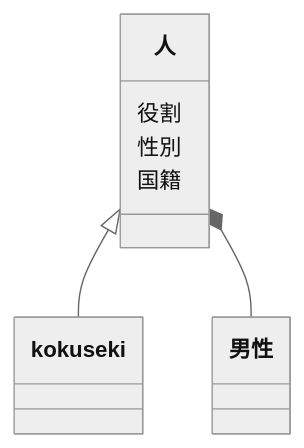
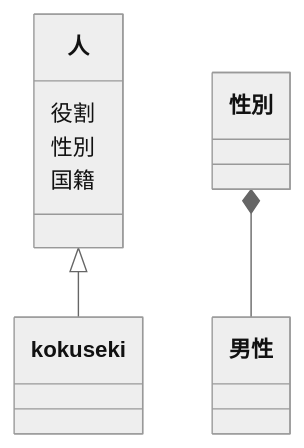
Before and after one commit to tpu-game-2022/mermaid_test: the second of 2 diagrams in README.md, drawn with Mermaid (neutral theme).

Commit message:
クラス図テスト09

````diff
--- a/README.md
+++ b/README.md
@@ -66,9 +66,9 @@
 ```mermaid
 classDiagram
 人 <|-- kokuseki
 人 : 役割
 人 : 性別
 人 : 国籍
-人 *-- 男性
+性別 *-- 男性
 
 ```
````
